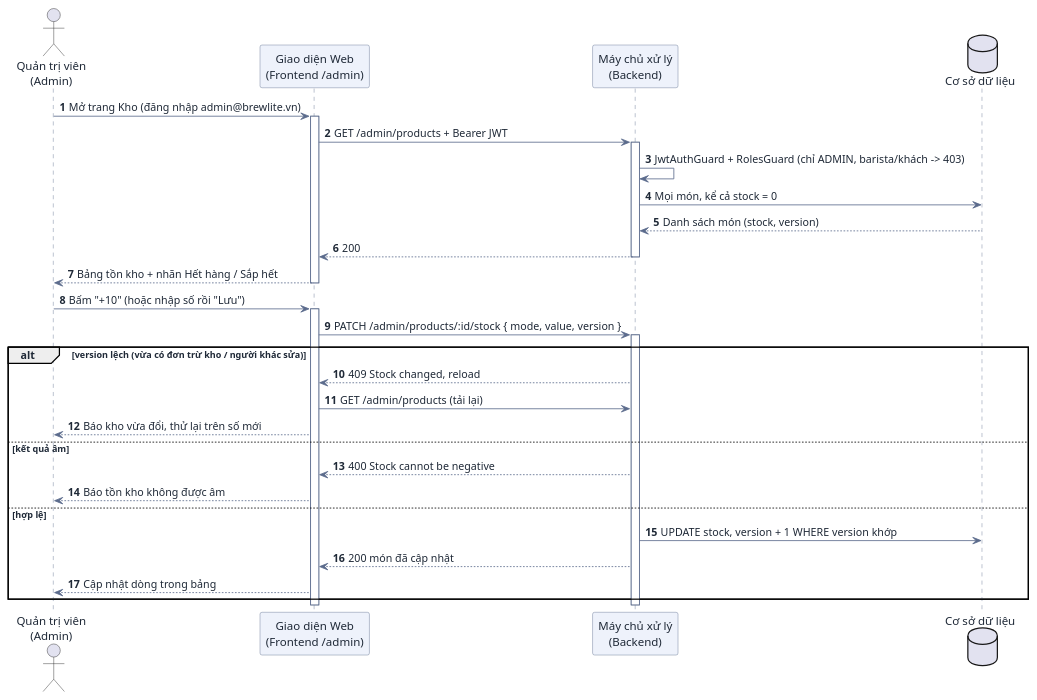
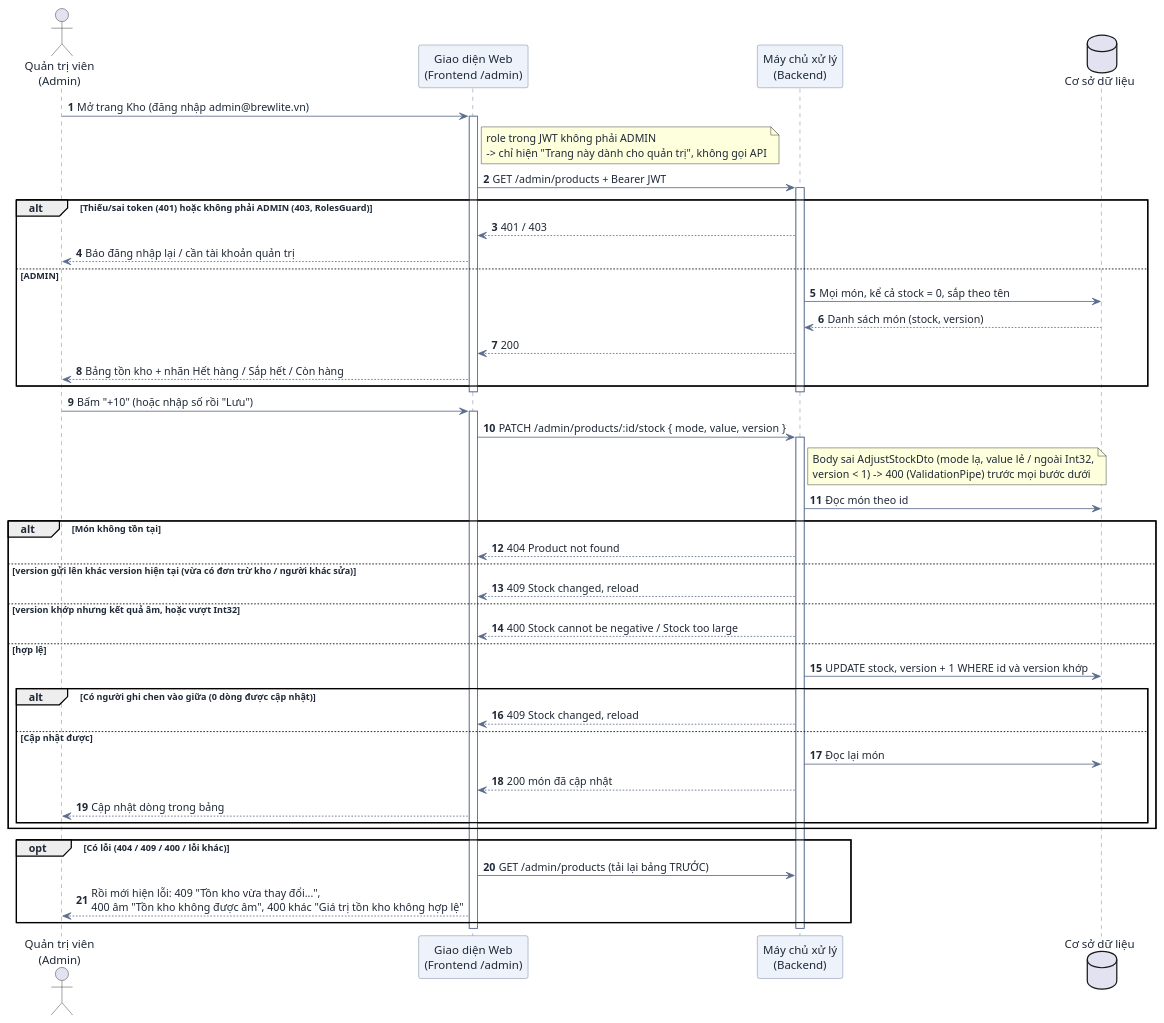
The ninth of 9 diagrams in docs/user-sequence-specifications.md (DuVinhLoi/BrewLite), drawn with PlantUML before and after one commit. The commit also changed other lines of this file and 3 other files, not shown here.

First line of the commit message:
docs: dong bo use-case/sequence voi code, plan doc-code-sync, rule .claude/rules/doc-code-sync.md

````diff
--- a/docs/user-sequence-specifications.md
+++ b/docs/user-sequence-specifications.md
@@ -745,46 +814,61 @@
 ```plantuml
 @startuml
 skinparam DefaultFontColor #1f2937
 skinparam ArrowColor #5b6b8c
 skinparam SequenceParticipantBackgroundColor #eef2fb
 skinparam SequenceParticipantBorderColor #5b6b8c
 skinparam SequenceLifeLineBorderColor #5b6b8c
 
 autonumber
 actor "Quản trị viên\n(Admin)" as User
 participant "Giao diện Web\n(Frontend /admin)" as FE
 participant "Máy chủ xử lý\n(Backend)" as BE
 database "Cơ sở dữ liệu" as DB
 
 User -> FE : Mở trang Kho (đăng nhập admin@brewlite.vn)
 activate FE
+note right of FE : role trong JWT không phải ADMIN\n-> chỉ hiện "Trang này dành cho quản trị", không gọi API
 FE -> BE : GET /admin/products + Bearer JWT
 activate BE
-BE -> BE : JwtAuthGuard + RolesGuard (chỉ ADMIN, barista/khách -> 403)
-BE -> DB : Mọi món, kể cả stock = 0
-DB --> BE : Danh sách món (stock, version)
-BE --> FE : 200
+alt Thiếu/sai token (401) hoặc không phải ADMIN (403, RolesGuard)
+  BE --> FE : 401 / 403
+  FE --> User : Báo đăng nhập lại / cần tài khoản quản trị
+else ADMIN
+  BE -> DB : Mọi món, kể cả stock = 0, sắp theo tên
+  DB --> BE : Danh sách món (stock, version)
+  BE --> FE : 200
+  FE --> User : Bảng tồn kho + nhãn Hết hàng / Sắp hết / Còn hàng
+end
 deactivate BE
-FE --> User : Bảng tồn kho + nhãn Hết hàng / Sắp hết
 deactivate FE
 
 User -> FE : Bấm "+10" (hoặc nhập số rồi "Lưu")
 activate FE
 FE -> BE : PATCH /admin/products/:id/stock { mode, value, version }
 activate BE
-alt version lệch (vừa có đơn trừ kho / người khác sửa)
+note right of BE : Body sai AdjustStockDto (mode lạ, value lẻ / ngoài Int32,\nversion < 1) -> 400 (ValidationPipe) trước mọi bước dưới
+BE -> DB : Đọc món theo id
+alt Món không tồn tại
+  BE --> FE : 404 Product not found
+else version gửi lên khác version hiện tại (vừa có đơn trừ kho / người khác sửa)
   BE --> FE : 409 Stock changed, reload
-  FE -> BE : GET /admin/products (tải lại)
-  FE --> User : Báo kho vừa đổi, thử lại trên số mới
-else kết quả âm
-  BE --> FE : 400 Stock cannot be negative
-  FE --> User : Báo tồn kho không được âm
+else version khớp nhưng kết quả âm, hoặc vượt Int32
+  BE --> FE : 400 Stock cannot be negative / Stock too large
 else hợp lệ
-  BE -> DB : UPDATE stock, version + 1 WHERE version khớp
-  BE --> FE : 200 món đã cập nhật
-  FE --> User : Cập nhật dòng trong bảng
+  BE -> DB : UPDATE stock, version + 1 WHERE id và version khớp
+  alt Có người ghi chen vào giữa (0 dòng được cập nhật)
+    BE --> FE : 409 Stock changed, reload
+  else Cập nhật được
+    BE -> DB : Đọc lại món
+    BE --> FE : 200 món đã cập nhật
+    FE --> User : Cập nhật dòng trong bảng
+  end
+end
+opt Có lỗi (404 / 409 / 400 / lỗi khác)
+  FE -> BE : GET /admin/products (tải lại bảng TRƯỚC)
+  FE --> User : Rồi mới hiện lỗi: 409 "Tồn kho vừa thay đổi...",\n400 âm "Tồn kho không được âm", 400 khác "Giá trị tồn kho không hợp lệ"
 end
 deactivate BE
 deactivate FE
 @enduml
 ```
````
